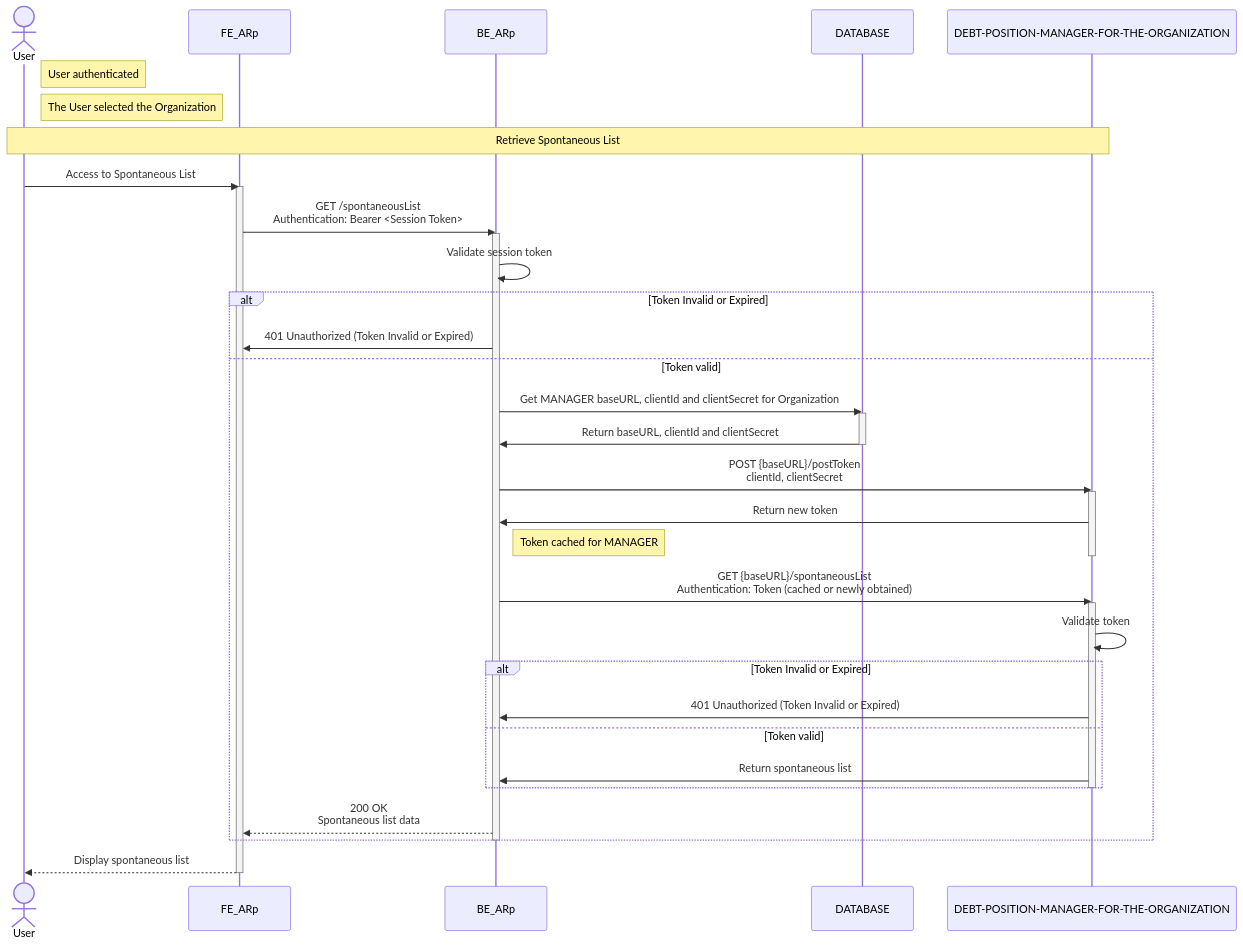
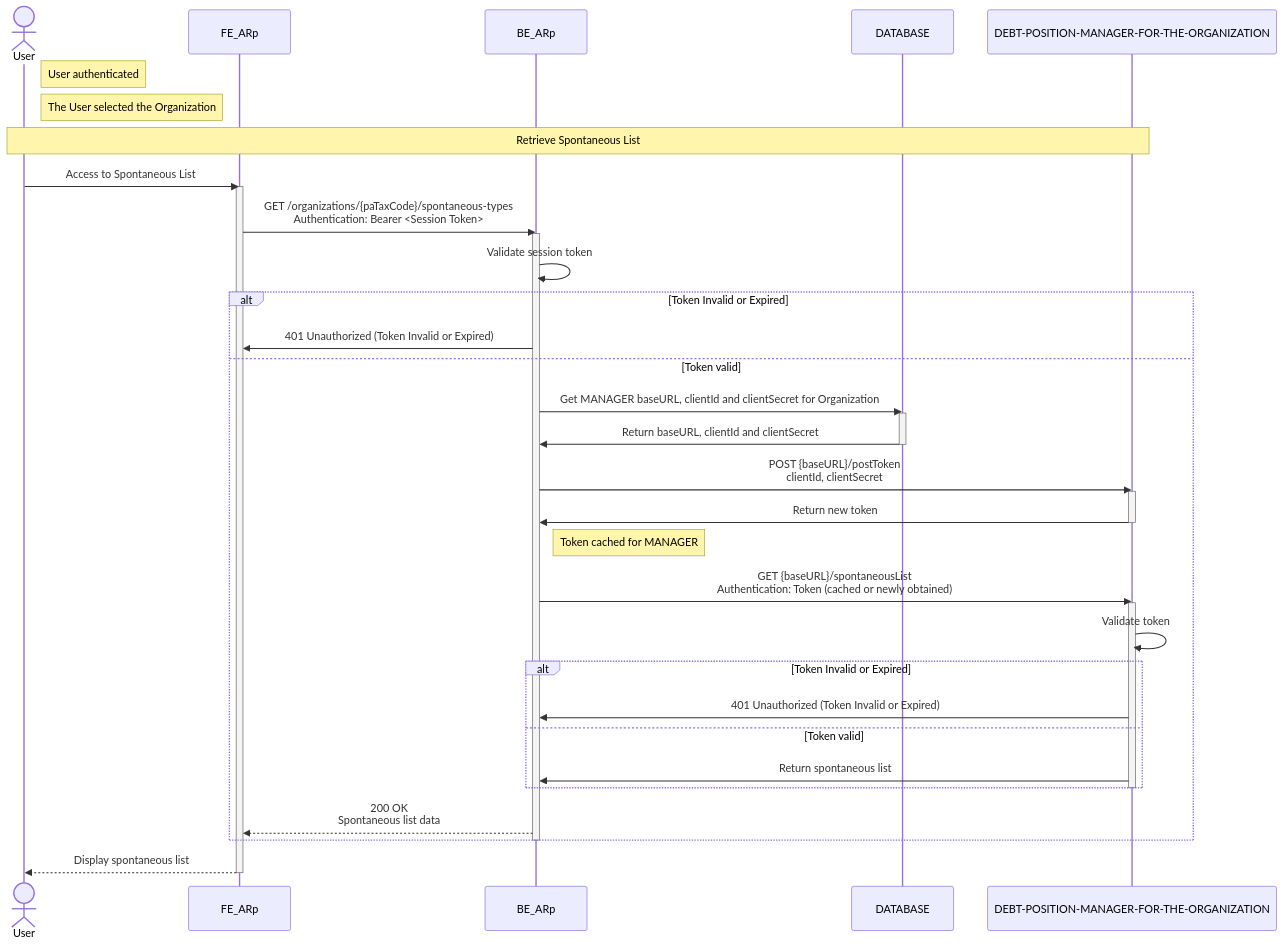
Before and after one commit to pagopa/arc-doc: the diagram in design/arc/spontaneous/sequence_diagram_retrieve_spontaneous_list.mmd, drawn with Mermaid. The commit also changed 5 other files, not shown here.

Commit message:
fix: [P4PU-781] sequence diagram payment notice details (#6)

```diff
--- a/design/arc/spontaneous/sequence_diagram_retrieve_spontaneous_list.mmd
+++ b/design/arc/spontaneous/sequence_diagram_retrieve_spontaneous_list.mmd
@@ -1,51 +1,51 @@
 sequenceDiagram
 
 actor User
 participant FE_ARp
 participant BE_ARp
 participant DB as DATABASE
 participant MANAGER as DEBT-POSITION-MANAGER-FOR-THE-ORGANIZATION
 
 note right of User: User authenticated
 note right of User: The User selected the Organization
 note over User, MANAGER : Retrieve Spontaneous List
 
 User ->> FE_ARp : Access to Spontaneous List
 activate FE_ARp
-    FE_ARp ->> BE_ARp : GET /spontaneousList <br> Authentication: Bearer <Session Token>
+    FE_ARp ->> BE_ARp : GET /organizations/{paTaxCode}/spontaneous-types <br> Authentication: Bearer <Session Token>
     activate BE_ARp
         BE_ARp ->> BE_ARp : Validate session token
 
         alt Token Invalid or Expired
             BE_ARp ->> FE_ARp : 401 Unauthorized (Token Invalid or Expired)
         else Token valid
             BE_ARp ->> DB : Get MANAGER baseURL, clientId and clientSecret for Organization
 
             activate DB
                 DB ->> BE_ARp : Return baseURL, clientId and clientSecret
             deactivate DB
 
 
 
             BE_ARp ->> MANAGER : POST {baseURL}/postToken <br> clientId, clientSecret
             activate MANAGER
                 MANAGER ->> BE_ARp : Return new token
-                note right of BE_ARp : Token cached for MANAGER
             deactivate MANAGER
+            note right of BE_ARp : Token cached for MANAGER
 
             BE_ARp ->> MANAGER : GET {baseURL}/spontaneousList <br> Authentication: Token (cached or newly obtained)
 
             activate MANAGER
                 MANAGER ->> MANAGER: Validate token
                 alt Token Invalid or Expired
                     MANAGER ->> BE_ARp : 401 Unauthorized (Token Invalid or Expired)
                 else Token valid
                     MANAGER ->> BE_ARp : Return spontaneous list
                 end
             deactivate MANAGER
 
             BE_ARp -->> FE_ARp : 200 OK <br> Spontaneous list data
         end
     deactivate BE_ARp
     FE_ARp -->> User: Display spontaneous list
 deactivate FE_ARp
```
